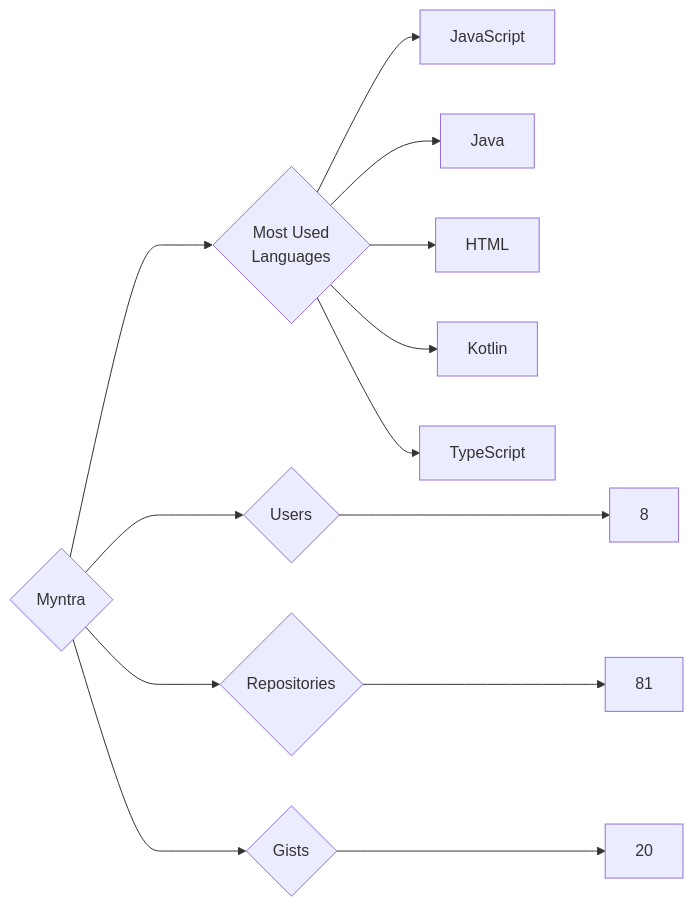
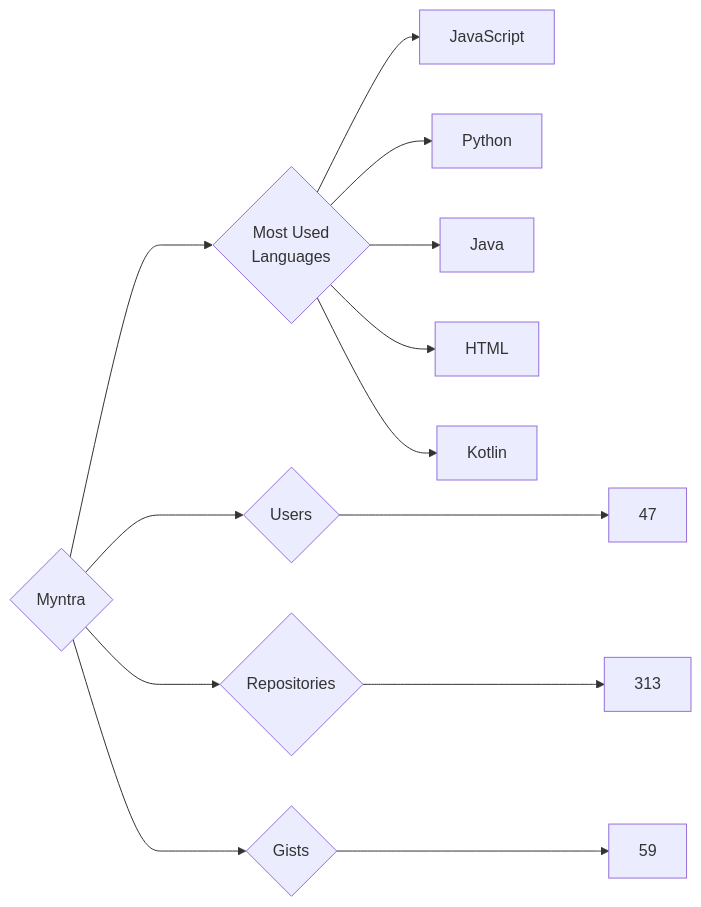
One commit to trickest/insiders changed the diagram in targets/Myntra/README.md. Above: the diagram before and after it, drawn with Mermaid. The commit also changed 695 other files, not shown here.

````diff
--- a/targets/Myntra/README.md
+++ b/targets/Myntra/README.md
@@ -3,13 +3,13 @@
 ```mermaid
 graph LR
 COMPANY_NAME{Myntra}
-COMPANY_NAME ---> U{Users} ---> UN[8]
-COMPANY_NAME ---> R{Repositories} ---> RN[81]
-COMPANY_NAME ---> G{Gists} ---> GN[20]
+COMPANY_NAME ---> U{Users} ---> UN[47]
+COMPANY_NAME ---> R{Repositories} ---> RN[313]
+COMPANY_NAME ---> G{Gists} ---> GN[59]
 COMPANY_NAME ---> ML{Most Used<br>Languages}
 ML --> JavaScript[JavaScript]
+ML --> Python[Python]
 ML --> Java[Java]
 ML --> HTML[HTML]
 ML --> Kotlin[Kotlin]
-ML --> TypeScript[TypeScript]
 ```
````
